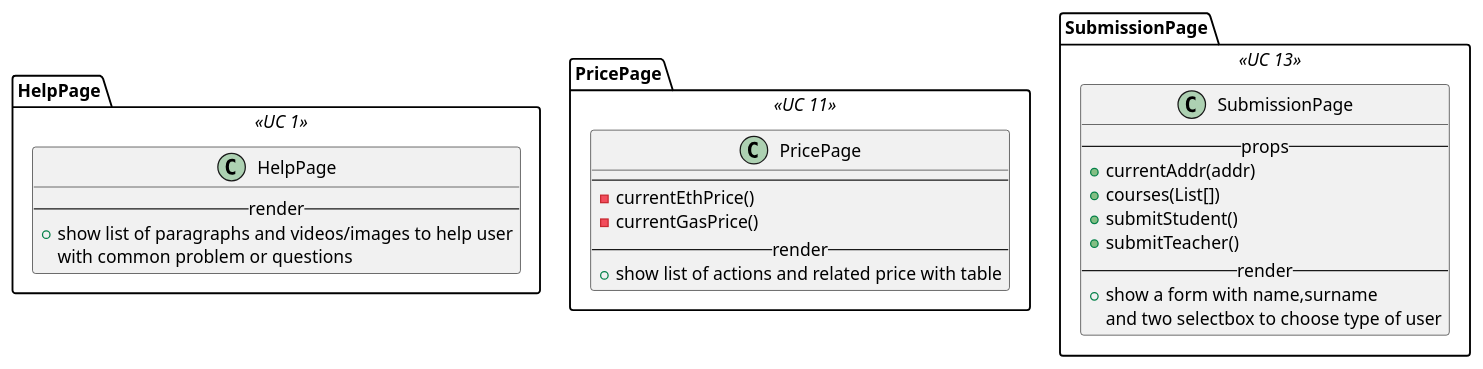
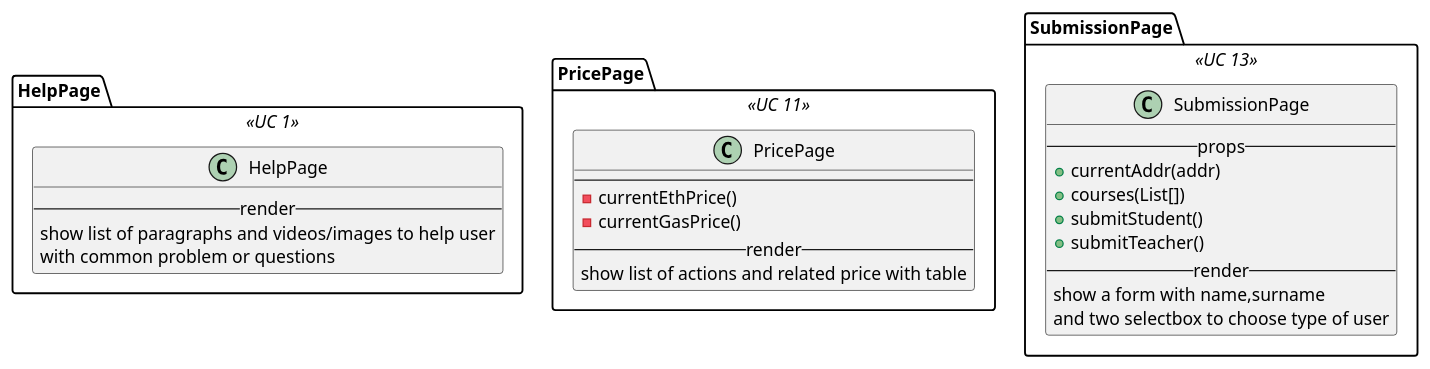
The diagram in react/public/index.iuml (M9k/Marvin-Uml), drawn with PlantUML before and after one commit. The commit also changed 2 other files, not shown here.

```diff
--- a/react/public/index.iuml
+++ b/react/public/index.iuml
@@ -1,30 +1,30 @@
 package HelpPage <<UC 1>> {
   class HelpPage{
     --render--
-    + show list of paragraphs and videos/images to help user
+    show list of paragraphs and videos/images to help user
     with common problem or questions
   }
 }
 
 package PricePage <<UC 11>> {
   class PricePage{
     ----
     - currentEthPrice()
     - currentGasPrice()
     --render--
-    + show list of actions and related price with table
+    show list of actions and related price with table
   }
 }
 
 package SubmissionPage <<UC 13>> {
   class SubmissionPage{
     --props--
     + currentAddr(addr)
     + courses(List[])
     + submitStudent()
     + submitTeacher()
     --render--
-    + show a form with name,surname
+    show a form with name,surname
     and two selectbox to choose type of user
   }
 }
```
